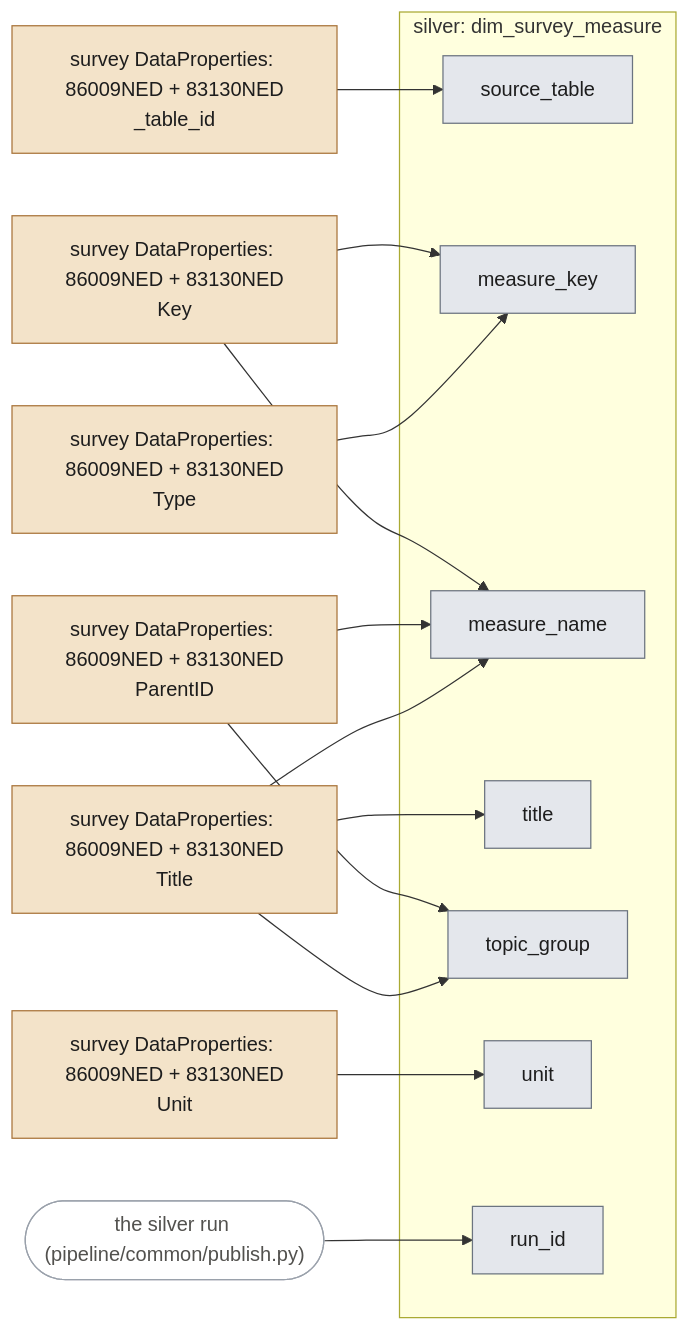
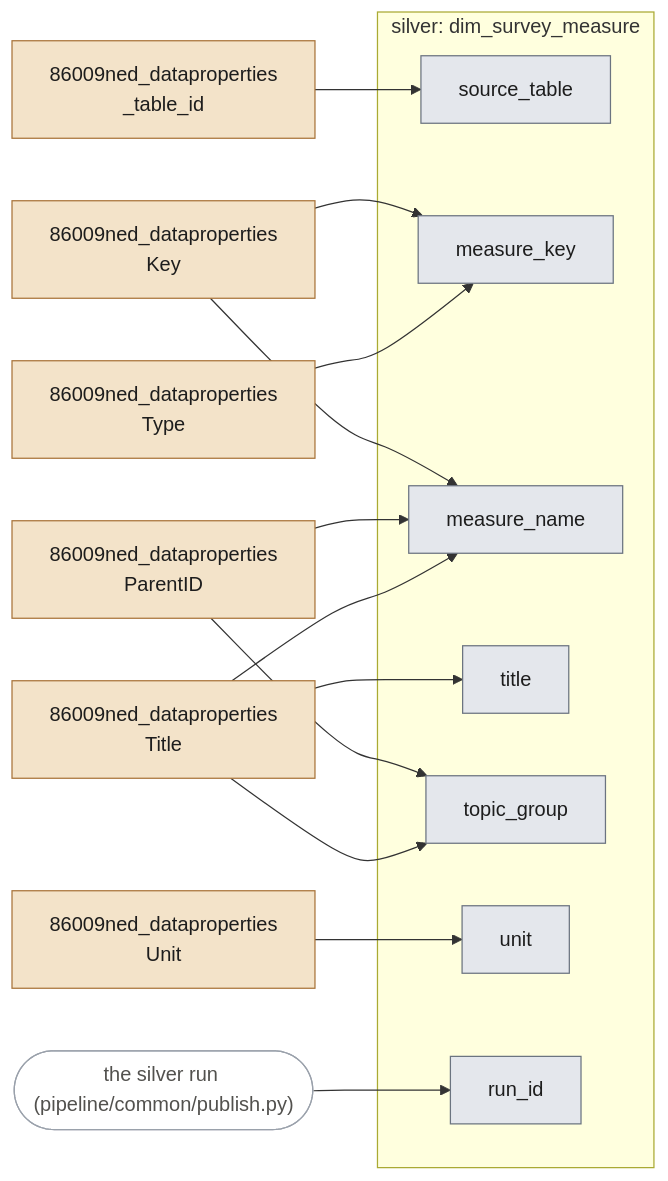
Before and after one commit to stefancodecommit/AOV_Lakehouse: the sixth of 18 diagrams in docs/lineage.md, drawn with Mermaid. The commit also changed other lines of this file and 20 other files, not shown here.

First line of the commit message:
Remove CBS 83130NED: the old absence survey reached no gold table

````diff
--- a/docs/lineage.md
+++ b/docs/lineage.md
@@ -317,35 +310,35 @@
 ```mermaid
 flowchart LR
-  n_src_83130ned_dataproperties_86009ned_dataproperties_Key["survey DataProperties: 86009NED + 83130NED<br/>Key"]:::bronze
-  n_src_83130ned_dataproperties_86009ned_dataproperties_ParentID["survey DataProperties: 86009NED + 83130NED<br/>ParentID"]:::bronze
-  n_src_83130ned_dataproperties_86009ned_dataproperties_Title["survey DataProperties: 86009NED + 83130NED<br/>Title"]:::bronze
-  n_src_83130ned_dataproperties_86009ned_dataproperties_Type["survey DataProperties: 86009NED + 83130NED<br/>Type"]:::bronze
-  n_src_83130ned_dataproperties_86009ned_dataproperties_Unit["survey DataProperties: 86009NED + 83130NED<br/>Unit"]:::bronze
-  n_src_83130ned_dataproperties_86009ned_dataproperties__table_id["survey DataProperties: 86009NED + 83130NED<br/>_table_id"]:::bronze
+  n_src_86009ned_dataproperties_Key["86009ned_dataproperties<br/>Key"]:::bronze
+  n_src_86009ned_dataproperties_ParentID["86009ned_dataproperties<br/>ParentID"]:::bronze
+  n_src_86009ned_dataproperties_Title["86009ned_dataproperties<br/>Title"]:::bronze
+  n_src_86009ned_dataproperties_Type["86009ned_dataproperties<br/>Type"]:::bronze
+  n_src_86009ned_dataproperties_Unit["86009ned_dataproperties<br/>Unit"]:::bronze
+  n_src_86009ned_dataproperties__table_id["86009ned_dataproperties<br/>_table_id"]:::bronze
   run(["the silver run (pipeline/common/publish.py)"]):::run
   subgraph n_tbl_dim_survey_measure["silver: dim_survey_measure"]
     n_col_source_table["source_table"]:::silver
     n_col_measure_key["measure_key"]:::silver
     n_col_measure_name["measure_name"]:::silver
     n_col_title["title"]:::silver
     n_col_topic_group["topic_group"]:::silver
     n_col_unit["unit"]:::silver
     n_col_run_id["run_id"]:::silver
   end
-  n_src_83130ned_dataproperties_86009ned_dataproperties__table_id --> n_col_source_table
-  n_src_83130ned_dataproperties_86009ned_dataproperties_Key --> n_col_measure_key
-  n_src_83130ned_dataproperties_86009ned_dataproperties_Type --> n_col_measure_key
-  n_src_83130ned_dataproperties_86009ned_dataproperties_Key --> n_col_measure_name
-  n_src_83130ned_dataproperties_86009ned_dataproperties_ParentID --> n_col_measure_name
-  n_src_83130ned_dataproperties_86009ned_dataproperties_Title --> n_col_measure_name
-  n_src_83130ned_dataproperties_86009ned_dataproperties_Title --> n_col_title
-  n_src_83130ned_dataproperties_86009ned_dataproperties_ParentID --> n_col_topic_group
-  n_src_83130ned_dataproperties_86009ned_dataproperties_Title --> n_col_topic_group
-  n_src_83130ned_dataproperties_86009ned_dataproperties_Unit --> n_col_unit
+  n_src_86009ned_dataproperties__table_id --> n_col_source_table
+  n_src_86009ned_dataproperties_Key --> n_col_measure_key
+  n_src_86009ned_dataproperties_Type --> n_col_measure_key
+  n_src_86009ned_dataproperties_Key --> n_col_measure_name
+  n_src_86009ned_dataproperties_ParentID --> n_col_measure_name
+  n_src_86009ned_dataproperties_Title --> n_col_measure_name
+  n_src_86009ned_dataproperties_Title --> n_col_title
+  n_src_86009ned_dataproperties_ParentID --> n_col_topic_group
+  n_src_86009ned_dataproperties_Title --> n_col_topic_group
+  n_src_86009ned_dataproperties_Unit --> n_col_unit
   run --> n_col_run_id
   classDef bronze fill:#f3e3c9,stroke:#a8743a,color:#1d1d1d
   classDef silver fill:#e4e7ec,stroke:#6b7480,color:#1d1d1d
   classDef gold fill:#f6ecb8,stroke:#9c7f12,color:#1d1d1d
   classDef silverref fill:#f2f3f5,stroke:#9aa1ab,stroke-dasharray:4 3,color:#1d1d1d
   classDef run fill:#ffffff,stroke:#9aa1ab,color:#52514e
 ```
````
